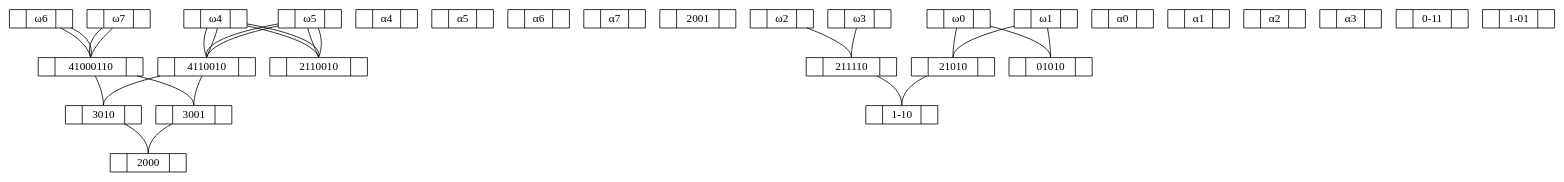
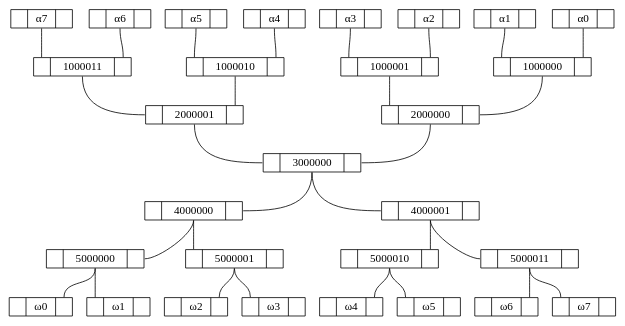
Before and after one commit to grootstebozewolf/networks: the diagram in 8 binairy tree general.gv, drawn with Graphviz. The commit also changed 7 other files, not shown here.

```diff
--- a/8 binairy tree general.gv
+++ b/8 binairy tree general.gv
@@ -1,82 +1,60 @@
 graph "8 binairy tree general" {
 	node [height=.1 shape=record]
-	3010 -- 2000:f1
-	4110010 -- 3010:f1
-	"ω100" -- 4110010:f1
-	"ω100" [label="<f0> |<f1> ω4|<f2>"]
-	"ω101" -- 4110010:f1
-	"ω101" [label="<f0> |<f1> ω5|<f2>"]
-	"α100" [label="<f0> |<f1> α4|<f2>"]
-	"α101" [label="<f0> |<f1> α5|<f2>"]
-	4110010 [label="<f0> |<f1> 4110010|<f2>"]
-	41000110 -- 3010:f1
-	"ω110" -- 41000110:f1
-	"ω110" [label="<f0> |<f1> ω6|<f2>"]
-	"ω111" -- 41000110:f1
-	"ω111" [label="<f0> |<f1> ω7|<f2>"]
-	"α110" [label="<f0> |<f1> α6|<f2>"]
-	"α111" [label="<f0> |<f1> α7|<f2>"]
-	41000110 [label="<f0> |<f1> 41000110|<f2>"]
-	"ω100" -- 2110010:f1
-	"ω100" [label="<f0> |<f1> ω4|<f2>"]
-	"ω101" -- 2110010:f1
-	"ω101" [label="<f0> |<f1> ω5|<f2>"]
-	"α100" [label="<f0> |<f1> α4|<f2>"]
-	"α101" [label="<f0> |<f1> α5|<f2>"]
-	2110010 [label="<f0> |<f1> 2110010|<f2>"]
-	2001 [label="<f0> |<f1> 2001|<f2>"]
-	3010 [label="<f0> |<f1> 3010|<f2>"]
-	3001 -- 2000:f1
-	4110010 -- 3001:f1
-	"ω100" -- 4110010:f1
-	"ω100" [label="<f0> |<f1> ω4|<f2>"]
-	"ω101" -- 4110010:f1
-	"ω101" [label="<f0> |<f1> ω5|<f2>"]
-	"α100" [label="<f0> |<f1> α4|<f2>"]
-	"α101" [label="<f0> |<f1> α5|<f2>"]
-	4110010 [label="<f0> |<f1> 4110010|<f2>"]
-	41000110 -- 3001:f1
-	"ω110" -- 41000110:f1
-	"ω110" [label="<f0> |<f1> ω6|<f2>"]
-	"ω111" -- 41000110:f1
-	"ω111" [label="<f0> |<f1> ω7|<f2>"]
-	"α110" [label="<f0> |<f1> α6|<f2>"]
-	"α111" [label="<f0> |<f1> α7|<f2>"]
-	41000110 [label="<f0> |<f1> 41000110|<f2>"]
-	"ω100" -- 2110010:f1
-	"ω100" [label="<f0> |<f1> ω4|<f2>"]
-	"ω101" -- 2110010:f1
-	"ω101" [label="<f0> |<f1> ω5|<f2>"]
-	"α100" [label="<f0> |<f1> α4|<f2>"]
-	"α101" [label="<f0> |<f1> α5|<f2>"]
-	2110010 [label="<f0> |<f1> 2110010|<f2>"]
-	2000 [label="<f0> |<f1> 2000|<f2>"]
-	3001 [label="<f0> |<f1> 3001|<f2>"]
-	21010 -- "1-10":f1
-	"ω000" -- 21010:f1
-	"ω000" [label="<f0> |<f1> ω0|<f2>"]
-	"ω001" -- 21010:f1
-	"ω001" [label="<f0> |<f1> ω1|<f2>"]
-	"α000" [label="<f0> |<f1> α0|<f2>"]
-	"α001" [label="<f0> |<f1> α1|<f2>"]
-	21010 [label="<f0> |<f1> 21010|<f2>"]
-	211110 -- "1-10":f1
-	"ω010" -- 211110:f1
-	"ω010" [label="<f0> |<f1> ω2|<f2>"]
-	"ω011" -- 211110:f1
-	"ω011" [label="<f0> |<f1> ω3|<f2>"]
-	"α010" [label="<f0> |<f1> α2|<f2>"]
-	"α011" [label="<f0> |<f1> α3|<f2>"]
-	211110 [label="<f0> |<f1> 211110|<f2>"]
-	"ω000" -- 01010:f1
-	"ω000" [label="<f0> |<f1> ω0|<f2>"]
-	"ω001" -- 01010:f1
-	"ω001" [label="<f0> |<f1> ω1|<f2>"]
-	"α000" [label="<f0> |<f1> α0|<f2>"]
-	"α001" [label="<f0> |<f1> α1|<f2>"]
-	01010 [label="<f0> |<f1> 01010|<f2>"]
-	"0-11" [label="<f0> |<f1> 0-11|<f2>"]
-	"1-10" [label="<f0> |<f1> 1-10|<f2>"]
-	"1-01" [label="<f0> |<f1> 1-01|<f2>"]
-	2000 [label="<f0> |<f1> 2000|<f2>"]
+	"α000000" [label="<f0> |<f1> α0|<f2>"]
+	"α000000":f1 -- 1000000:f2
+	"α000001" [label="<f0> |<f1> α1|<f2>"]
+	"α000001":f1 -- 1000000:f0
+	"α000010" [label="<f0> |<f1> α2|<f2>"]
+	"α000010":f1 -- 1000001:f2
+	"α000011" [label="<f0> |<f1> α3|<f2>"]
+	"α000011":f1 -- 1000001:f0
+	"α000100" [label="<f0> |<f1> α4|<f2>"]
+	"α000100":f1 -- 1000010:f2
+	"α000101" [label="<f0> |<f1> α5|<f2>"]
+	"α000101":f1 -- 1000010:f0
+	"α000110" [label="<f0> |<f1> α6|<f2>"]
+	"α000110":f1 -- 1000011:f2
+	"α000111" [label="<f0> |<f1> α7|<f2>"]
+	"α000111":f1 -- 1000011:f0
+	"ω000000" [label="<f0> |<f1> ω0|<f2>"]
+	"ω000001" [label="<f0> |<f1> ω1|<f2>"]
+	"ω000010" [label="<f0> |<f1> ω2|<f2>"]
+	"ω000011" [label="<f0> |<f1> ω3|<f2>"]
+	"ω000100" [label="<f0> |<f1> ω4|<f2>"]
+	"ω000101" [label="<f0> |<f1> ω5|<f2>"]
+	"ω000110" [label="<f0> |<f1> ω6|<f2>"]
+	"ω000111" [label="<f0> |<f1> ω7|<f2>"]
+	1000000 [label="<f0> |<f1> 1000000|<f2>"]
+	1000000:f1 -- 2000000:f2
+	1000001 [label="<f0> |<f1> 1000001|<f2>"]
+	1000001:f1 -- 2000000:f0
+	1000010 [label="<f0> |<f1> 1000010|<f2>"]
+	1000010:f1 -- 2000001:f2
+	1000011 [label="<f0> |<f1> 1000011|<f2>"]
+	1000011:f1 -- 2000001:f0
+	5000000 [label="<f0> |<f1> 5000000|<f2>"]
+	5000000:f1 -- "ω000000":f2
+	5000000:f1 -- "ω000001":f0
+	5000001 [label="<f0> |<f1> 5000001|<f2>"]
+	5000001:f1 -- "ω000010":f2
+	5000001:f1 -- "ω000011":f0
+	5000010 [label="<f0> |<f1> 5000010|<f2>"]
+	5000010:f1 -- "ω000100":f2
+	5000010:f1 -- "ω000101":f0
+	5000011 [label="<f0> |<f1> 5000011|<f2>"]
+	5000011:f1 -- "ω000110":f2
+	5000011:f1 -- "ω000111":f0
+	3000000 [label="<f0> |<f1> 3000000|<f2>"]
+	3000000:f1 -- 4000000:f2
+	3000000:f1 -- 4000001:f0
+	2000000 [label="<f0> |<f1> 2000000|<f2>"]
+	2000000:f1 -- 3000000:f2
+	2000001 [label="<f0> |<f1> 2000001|<f2>"]
+	2000001:f1 -- 3000000:f0
+	4000000 [label="<f0> |<f1> 4000000|<f2>"]
+	4000000:f1 -- 5000000:f2
+	4000000:f1 -- 5000001:f0
+	4000001 [label="<f0> |<f1> 4000001|<f2>"]
+	4000001:f1 -- 5000010:f2
+	4000001:f1 -- 5000011:f0
 }
```
